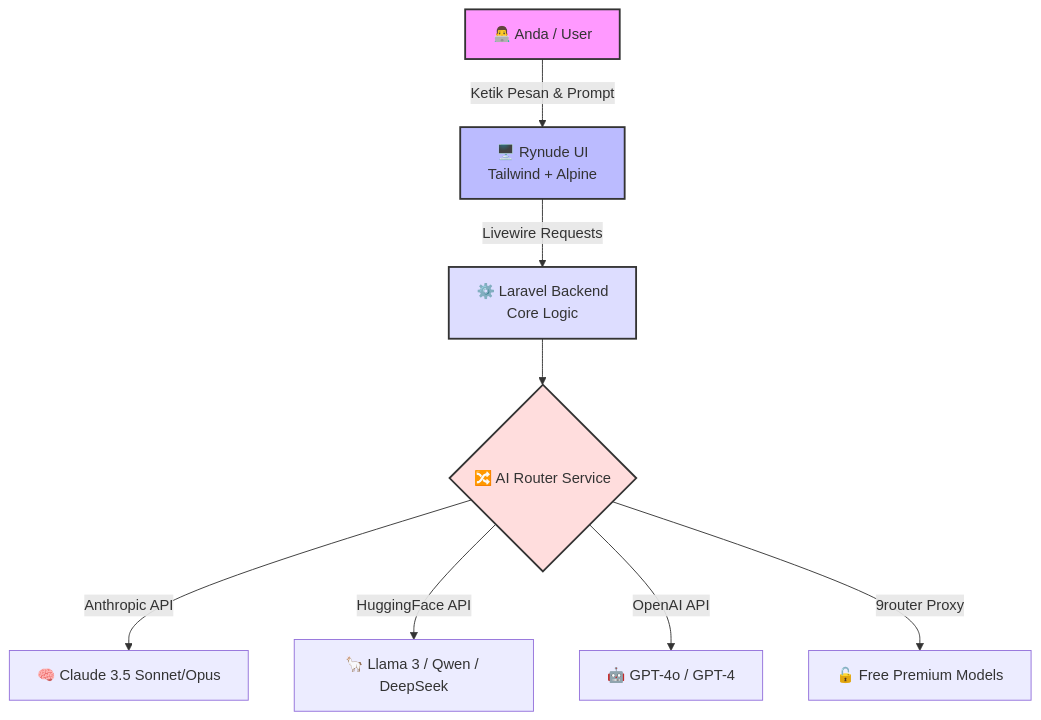
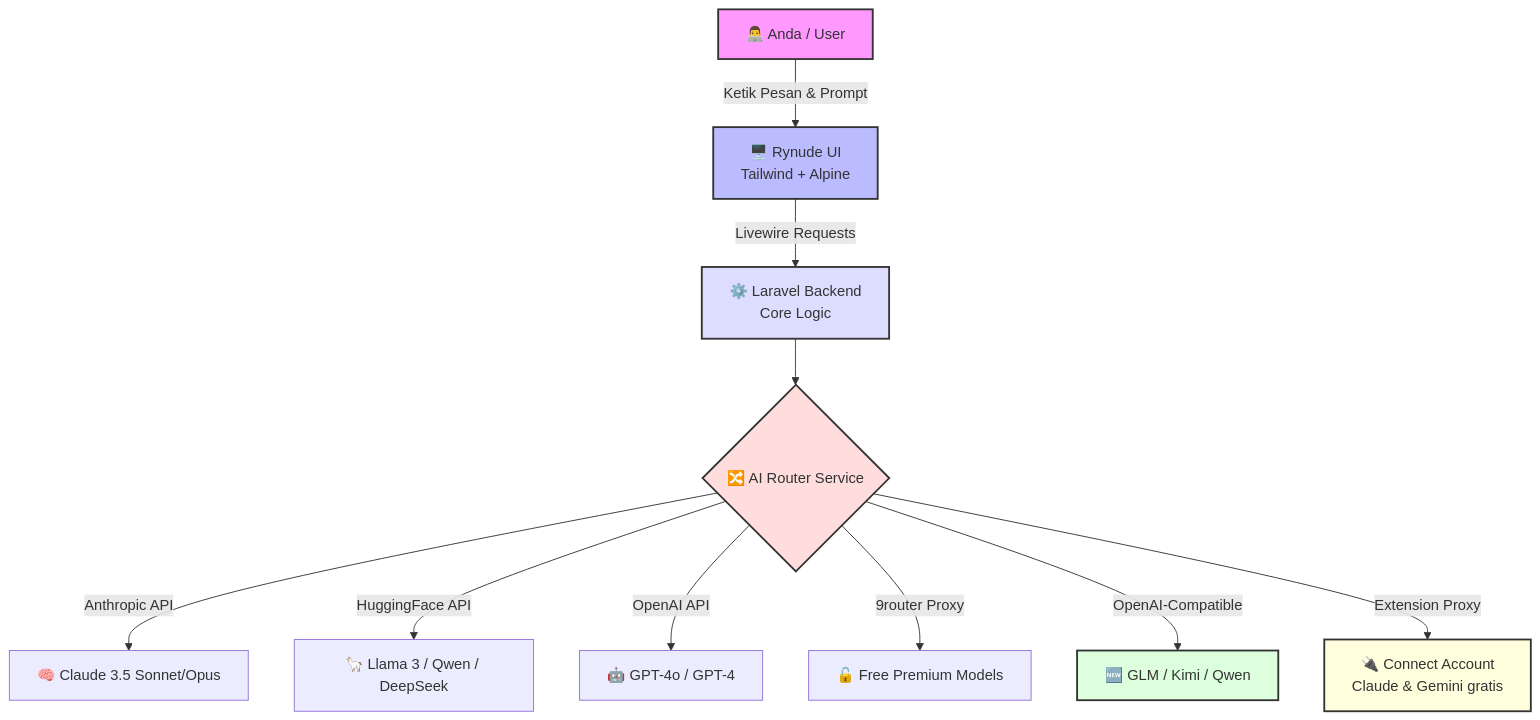
The first of 3 diagrams in README.md (flustratech-dev/rynude_ai), drawn with Mermaid before and after one commit. The commit also changed other lines of this file, not shown here.

Commit message:
feat: add support for GLM, Kimi, and Qwen API keys; enhance Connect Account feature for free chat access

````diff
--- a/README.md
+++ b/README.md
@@ -47,16 +47,20 @@
 ```mermaid
 graph TD
     A[👨‍💻 Anda / User] -->|Ketik Pesan & Prompt| B[🖥️ Rynude UI<br>Tailwind + Alpine]
     B -->|Livewire Requests| C[⚙️ Laravel Backend<br>Core Logic]
     C --> D{🔀 AI Router Service}
     
     D -->|Anthropic API| E[🧠 Claude 3.5 Sonnet/Opus]
     D -->|HuggingFace API| F[🦙 Llama 3 / Qwen / DeepSeek]
     D -->|OpenAI API| G[🤖 GPT-4o / GPT-4]
     D -->|9router Proxy| H[🔓 Free Premium Models]
-    
+    D -->|OpenAI-Compatible| I[🆕 GLM / Kimi / Qwen]
+    D -->|Extension Proxy| J[🔌 Connect Account<br>Claude & Gemini gratis]
+
     style A fill:#f9f,stroke:#333,stroke-width:2px
     style B fill:#bbf,stroke:#333,stroke-width:2px
     style C fill:#ddf,stroke:#333,stroke-width:2px
     style D fill:#fdd,stroke:#333,stroke-width:2px
+    style I fill:#dfd,stroke:#333,stroke-width:2px
+    style J fill:#ffd,stroke:#333,stroke-width:2px
 ```
````
